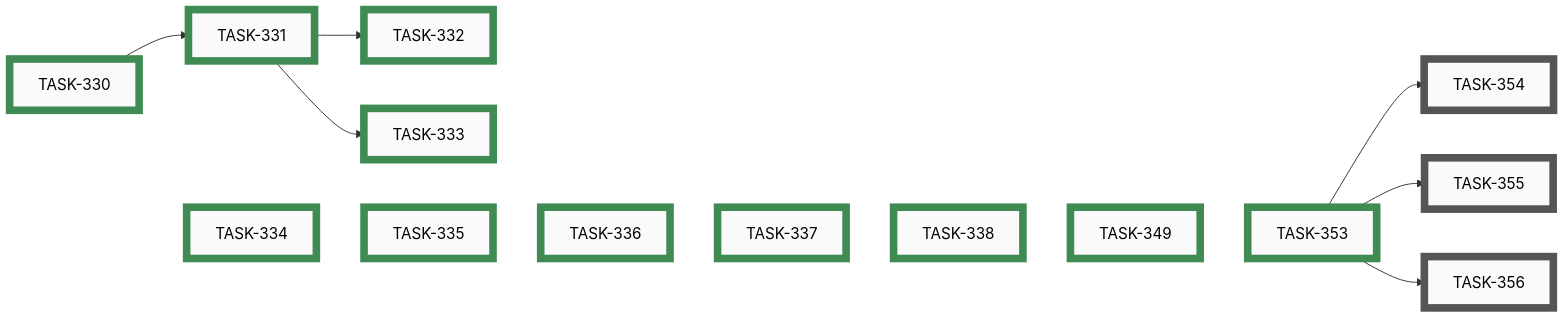
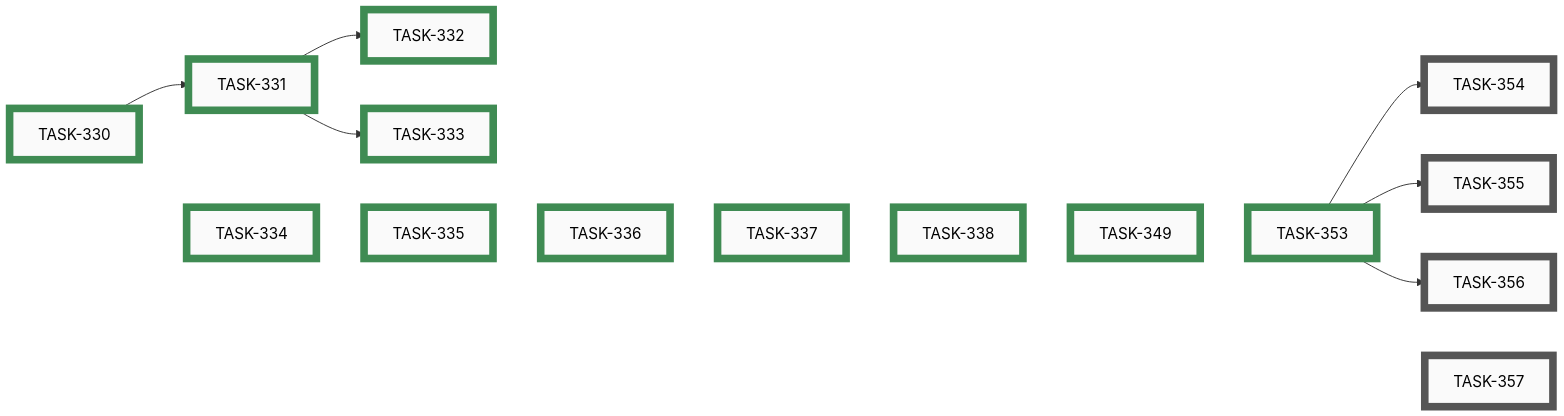
The eighth of 10 diagrams in docs/developers/tasks/EPICS.md (tgd1975/AwesomeStudioPedal), drawn with Mermaid before and after one commit. The commit also changed other lines of this file and 4 other files, not shown here.

````diff
--- a/docs/developers/tasks/EPICS.md
+++ b/docs/developers/tasks/EPICS.md
@@ -296,46 +296,48 @@
 ```mermaid
 graph LR
     TASK_354["TASK-354"]:::open
     TASK_355["TASK-355"]:::open
     TASK_356["TASK-356"]:::open
+    TASK_357["TASK-357"]:::open
     TASK_330["TASK-330"]:::closed
     TASK_331["TASK-331"]:::closed
     TASK_332["TASK-332"]:::closed
     TASK_333["TASK-333"]:::closed
     TASK_334["TASK-334"]:::closed
     TASK_335["TASK-335"]:::closed
     TASK_336["TASK-336"]:::closed
     TASK_337["TASK-337"]:::closed
     TASK_338["TASK-338"]:::closed
     TASK_349["TASK-349"]:::closed
     TASK_353["TASK-353"]:::closed
     TASK_353 --> TASK_354
     TASK_353 --> TASK_355
     TASK_353 --> TASK_356
     TASK_330 --> TASK_331
     TASK_331 --> TASK_332
     TASK_331 --> TASK_333
-    TASK_330 ~~~ TASK_334 ~~~ TASK_335 ~~~ TASK_336 ~~~ TASK_337 ~~~ TASK_338 ~~~ TASK_349 ~~~ TASK_353
+    TASK_330 ~~~ TASK_334 ~~~ TASK_335 ~~~ TASK_336 ~~~ TASK_337 ~~~ TASK_338 ~~~ TASK_349 ~~~ TASK_353 ~~~ TASK_357
     click TASK_354 "open/task-354-firmware-version-read-characteristic.md"
     click TASK_355 "open/task-355-firmware-config-readback.md"
     click TASK_356 "open/task-356-firmware-active-profile-notify.md"
+    click TASK_357 "open/task-357-reconcile-max-config-bytes-doc-vs-code.md"
     click TASK_330 "closed/task-330-decide-content-page-open-questions.md"
     click TASK_331 "closed/task-331-add-info-about-page.md"
     click TASK_332 "closed/task-332-add-howto-quickstart-page.md"
     click TASK_333 "closed/task-333-add-profiles-troubleshooting-legal-pages.md"
     click TASK_334 "closed/task-334-add-startup-splash-screen.md"
     click TASK_335 "closed/task-335-add-connection-status-strip-and-details-sheet.md"
     click TASK_336 "closed/task-336-add-connected-pedal-page-board-only.md"
     click TASK_337 "closed/task-337-firmware-expose-version-config-active-profile.md"
     click TASK_338 "closed/task-338-add-hid-display-table-and-live-keystroke-page.md"
     click TASK_349 "closed/task-349-display-unified-version-in-mobile-app.md"
     click TASK_353 "closed/task-353-feasibility-firmware-ble-readback-surfaces.md"
     classDef open    fill:#FAFAFA,stroke:#555,stroke-width:8px,color:#000
     classDef active  fill:#FAFAFA,stroke:#1A6FA8,stroke-width:8px,color:#000
     classDef closed  fill:#FAFAFA,stroke:#3F8B53,stroke-width:8px,color:#000
     classDef paused  fill:#FAFAFA,stroke:#B07810,stroke-width:8px,color:#000
     classDef openExt    fill:#000,stroke:#888,stroke-width:8px,color:#FFF
     classDef activeExt  fill:#000,stroke:#3FA9F5,stroke-width:8px,color:#FFF
     classDef closedExt  fill:#000,stroke:#7CC68A,stroke-width:8px,color:#FFF
     classDef pausedExt  fill:#000,stroke:#F0B030,stroke-width:8px,color:#FFF
 ```
````
